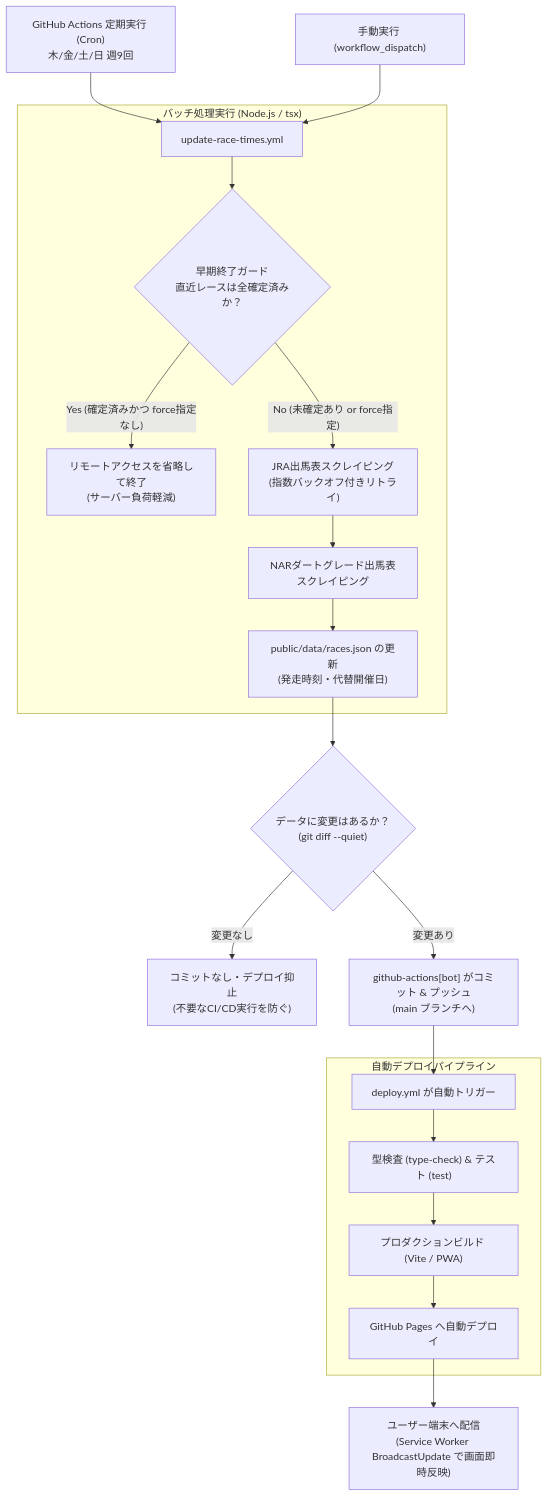
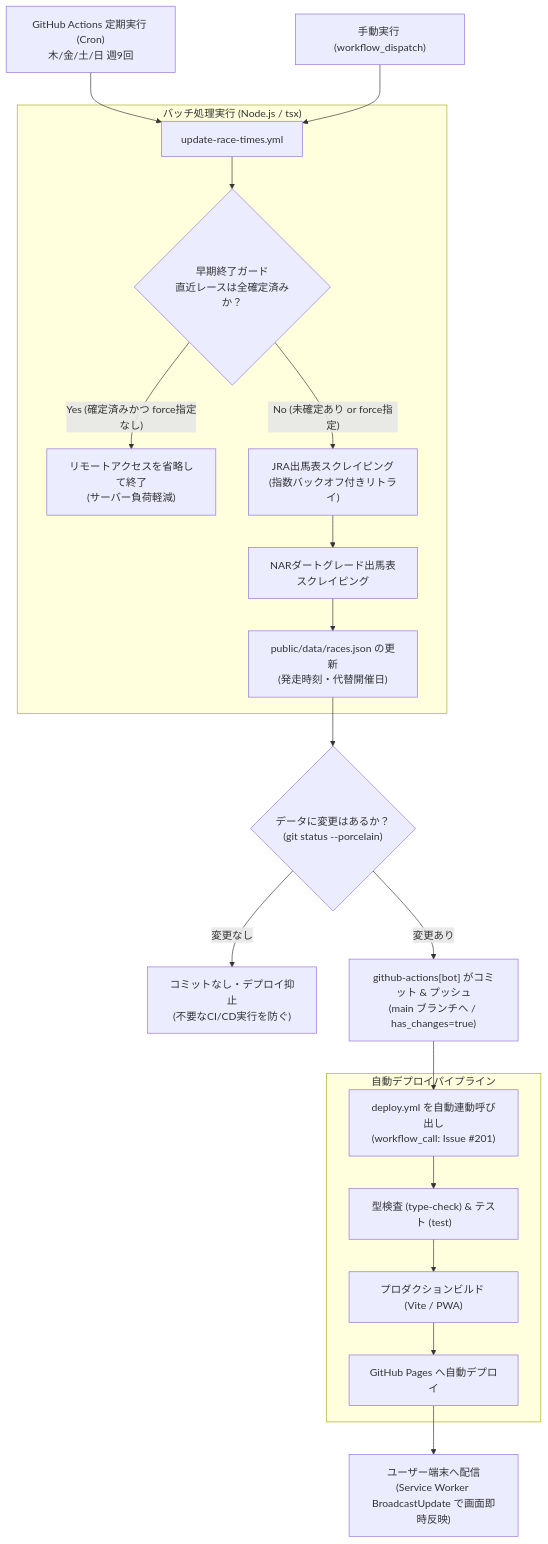
Before and after one commit to meshi-z/horse-racing-calender: the diagram in docs/batch-schedules.md, drawn with Mermaid. The commit also changed other lines of this file and 10 other files, not shown here.

````diff
--- a/docs/batch-schedules.md
+++ b/docs/batch-schedules.md
@@ -172,25 +172,25 @@
 ```mermaid
 flowchart TD
     Cron["GitHub Actions 定期実行 (Cron)<br>木/金/土/日 週9回"] --> UpdateTimes["update-race-times.yml"]
     Dispatch["手動実行 (workflow_dispatch)"] --> UpdateTimes
 
     subgraph BatchProcess["バッチ処理実行 (Node.js / tsx)"]
         UpdateTimes --> Guard{"早期終了ガード<br>直近レースは全確定済みか？"}
         Guard -- Yes (確定済みかつ force指定なし) --> Skip["リモートアクセスを省略して終了<br>(サーバー負荷軽減)"]
         Guard -- No (未確定あり or force指定) --> FetchJRA["JRA出馬表スクレイピング<br>(指数バックオフ付きリトライ)"]
         FetchJRA --> FetchNAR["NARダートグレード出馬表スクレイピング"]
         FetchNAR --> Merge["public/data/races.json の更新<br>(発走時刻・代替開催日)"]
     end
 
-    Merge --> CheckDiff{"データに変更はあるか？<br>(git diff --quiet)"}
+    Merge --> CheckDiff{"データに変更はあるか？<br>(git status --porcelain)"}
     CheckDiff -- 変更なし --> NoCommit["コミットなし・デプロイ抑止<br>(不要なCI/CD実行を防ぐ)"]
-    CheckDiff -- 変更あり --> BotCommit["github-actions[bot] がコミット & プッシュ<br>(main ブランチへ)"]
+    CheckDiff -- 変更あり --> BotCommit["github-actions[bot] がコミット & プッシュ<br>(main ブランチへ / has_changes=true)"]
 
-    BotCommit --> DeployWorkflow["deploy.yml が自動トリガー"]
+    BotCommit --> DeployWorkflow["deploy.yml を自動連動呼び出し<br>(workflow_call: Issue #201)"]
     subgraph DeployProcess["自動デプロイパイプライン"]
         DeployWorkflow --> Test["型検査 (type-check) & テスト (test)"]
         Test --> Build["プロダクションビルド (Vite / PWA)"]
         Build --> DeployPages["GitHub Pages へ自動デプロイ"]
     end
     DeployPages --> UserApp["ユーザー端末へ配信<br>(Service Worker BroadcastUpdate で画面即時反映)"]
 ```
````
